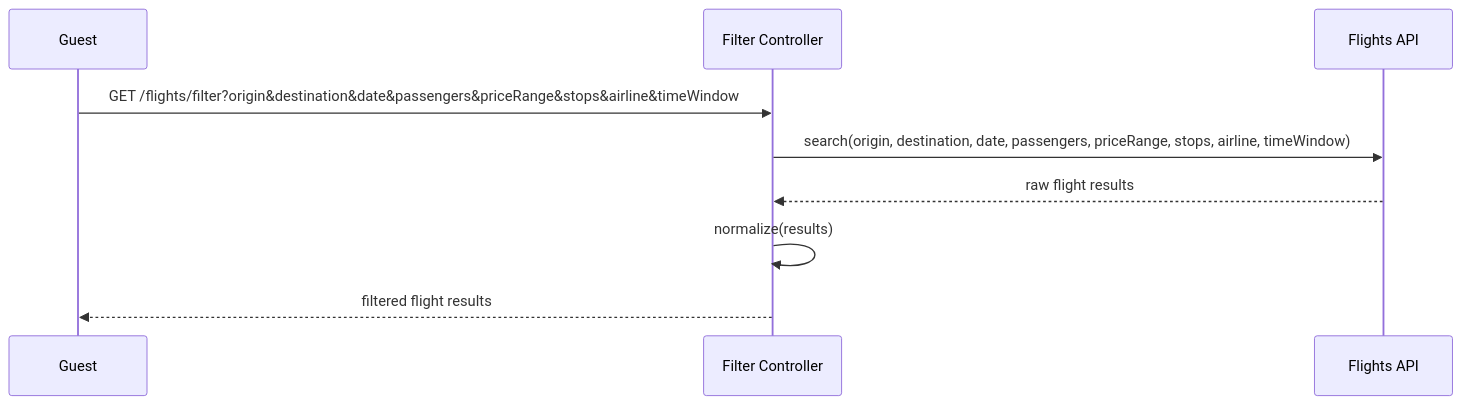
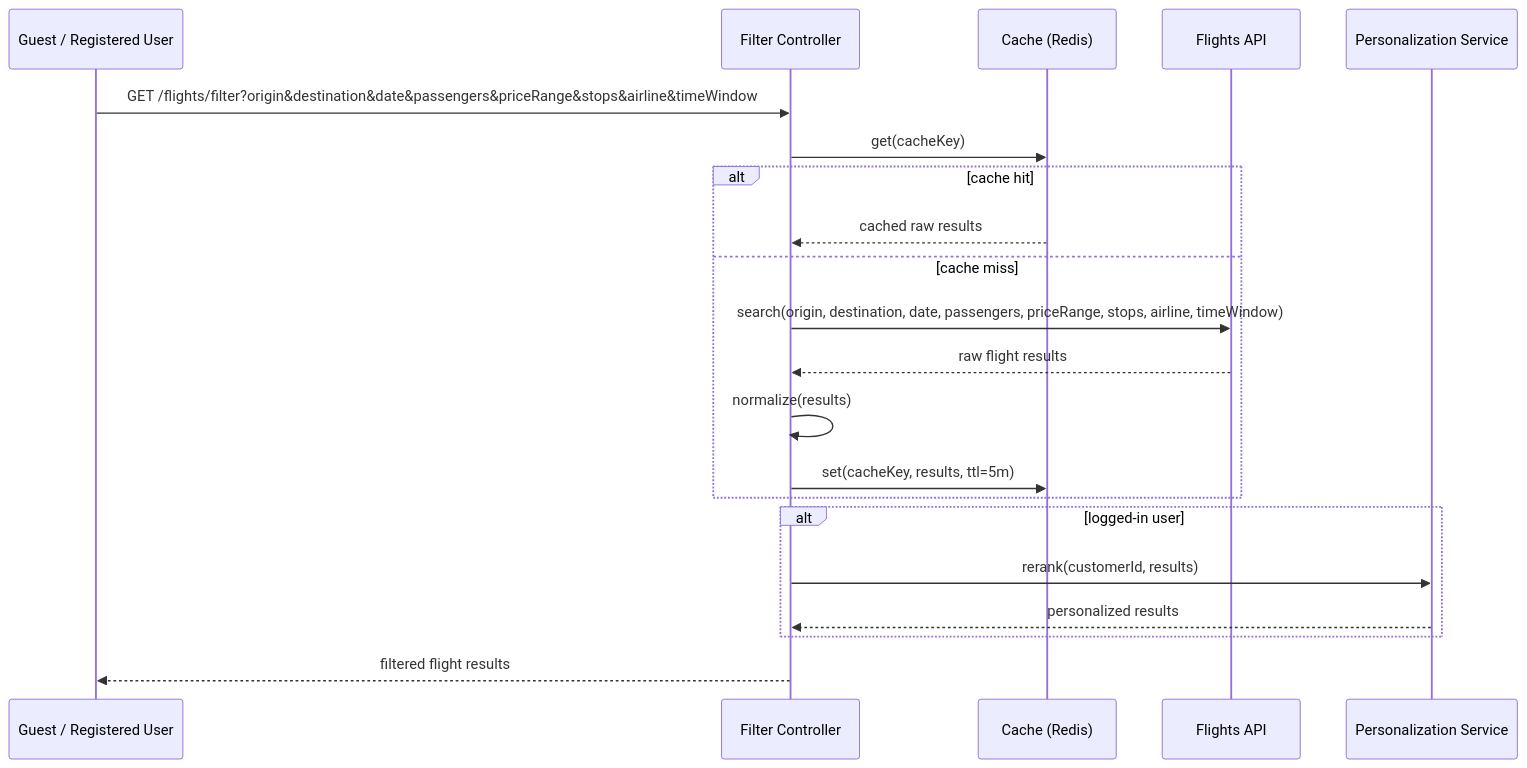
Before and after one commit to Backend-Mentor-ORG/booking: the second of 3 diagrams in diagrams/UC-04-filter-flights.md, drawn with Mermaid. The commit also changed other lines of this file and 4 other files, not shown here.

Commit message:
Enhance caching strategy for Flights and Hotels API, update use case diagrams and pseudocode for improved performance and personalization

````diff
--- a/diagrams/UC-04-filter-flights.md
+++ b/diagrams/UC-04-filter-flights.md
@@ -17,12 +27,24 @@
 ```mermaid
 sequenceDiagram
-  participant G as Guest
+  participant U as Guest / Registered User
   participant API as Filter Controller
+  participant Cache as Cache (Redis)
   participant Ext as Flights API
+  participant P as Personalization Service
 
-  G->>API: GET /flights/filter?origin&destination&date&passengers&priceRange&stops&airline&timeWindow
-  API->>Ext: search(origin, destination, date, passengers, priceRange, stops, airline, timeWindow)
-  Ext-->>API: raw flight results
-  API->>API: normalize(results)
-  API-->>G: filtered flight results
+  U->>API: GET /flights/filter?origin&destination&date&passengers&priceRange&stops&airline&timeWindow
+  API->>Cache: get(cacheKey)
+  alt cache hit
+    Cache-->>API: cached raw results
+  else cache miss
+    API->>Ext: search(origin, destination, date, passengers, priceRange, stops, airline, timeWindow)
+    Ext-->>API: raw flight results
+    API->>API: normalize(results)
+    API->>Cache: set(cacheKey, results, ttl=5m)
+  end
+  alt logged-in user
+    API->>P: rerank(customerId, results)
+    P-->>API: personalized results
+  end
+  API-->>U: filtered flight results
 ```
````
